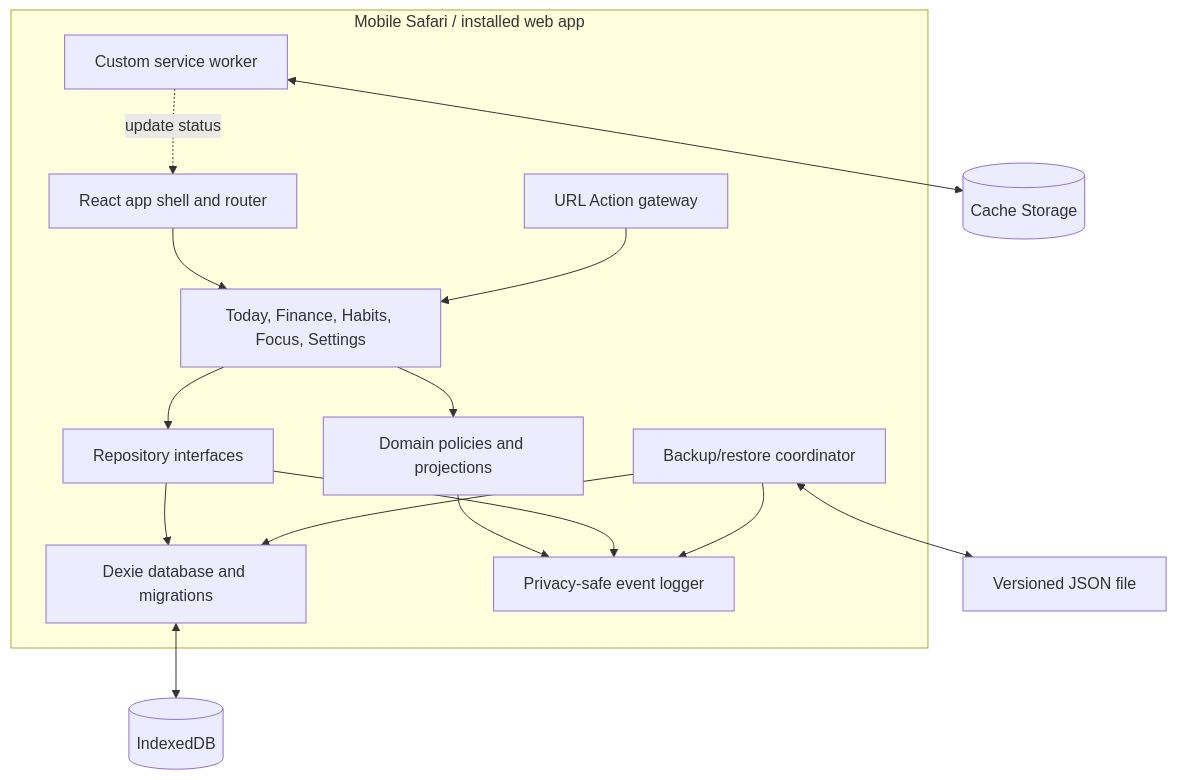
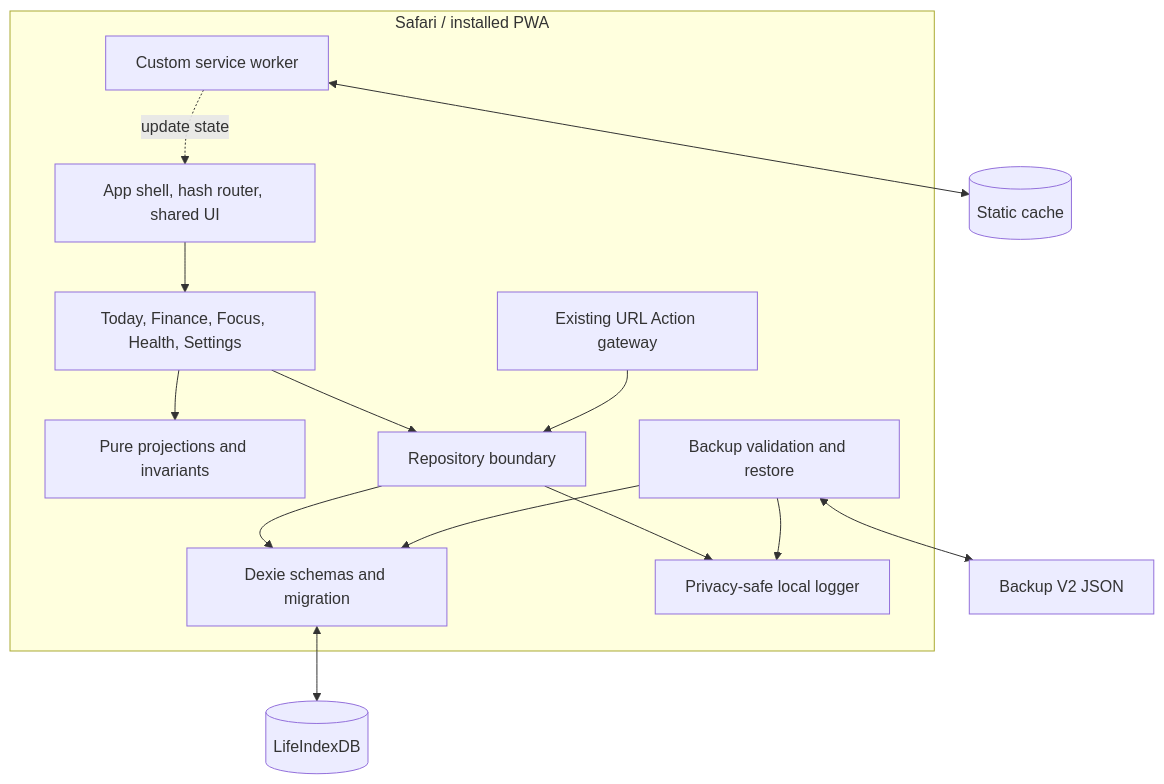
The second of 5 diagrams in docs/architecture/HLD.md (shushengritian/LifeIndex), drawn with Mermaid before and after one commit. The commit also changed other lines of this file and 11 other files, not shown here.

Commit message:
docs: freeze V2 product and architecture

````diff
--- a/docs/architecture/HLD.md
+++ b/docs/architecture/HLD.md
@@ -41,29 +41,28 @@
 ```mermaid
 flowchart TB
-    subgraph Browser[Mobile Safari / installed web app]
-        Shell[React app shell and router]
-        Features[Today, Finance, Habits, Focus, Settings]
-        Domain[Domain policies and projections]
-        Repos[Repository interfaces]
-        DB[Dexie database and migrations]
-        Backup[Backup/restore coordinator]
-        Actions[URL Action gateway]
-        Logger[Privacy-safe event logger]
+    subgraph Browser[Safari / installed PWA]
+        Shell[App shell, hash router, shared UI]
+        Features[Today, Finance, Focus, Health, Settings]
+        Domain[Pure projections and invariants]
+        Repos[Repository boundary]
+        DB[Dexie schemas and migration]
+        Backup[Backup validation and restore]
+        Actions[Existing URL Action gateway]
+        Logger[Privacy-safe local logger]
         SW[Custom service worker]
 
         Shell --> Features
         Features --> Domain
         Features --> Repos
-        Actions --> Features
+        Actions --> Repos
         Repos --> DB
         Backup --> DB
-        Domain --> Logger
         Repos --> Logger
         Backup --> Logger
-        SW -. update status .-> Shell
+        SW -. update state .-> Shell
     end
 
-    DB <--> IndexedDB[(IndexedDB)]
-    SW <--> StaticCache[(Cache Storage)]
-    Backup <--> JsonFile[Versioned JSON file]
+    DB <--> IndexedDB[(LifeIndexDB)]
+    SW <--> StaticCache[(Static cache)]
+    Backup <--> JsonFile[Backup V2 JSON]
 ```
````
